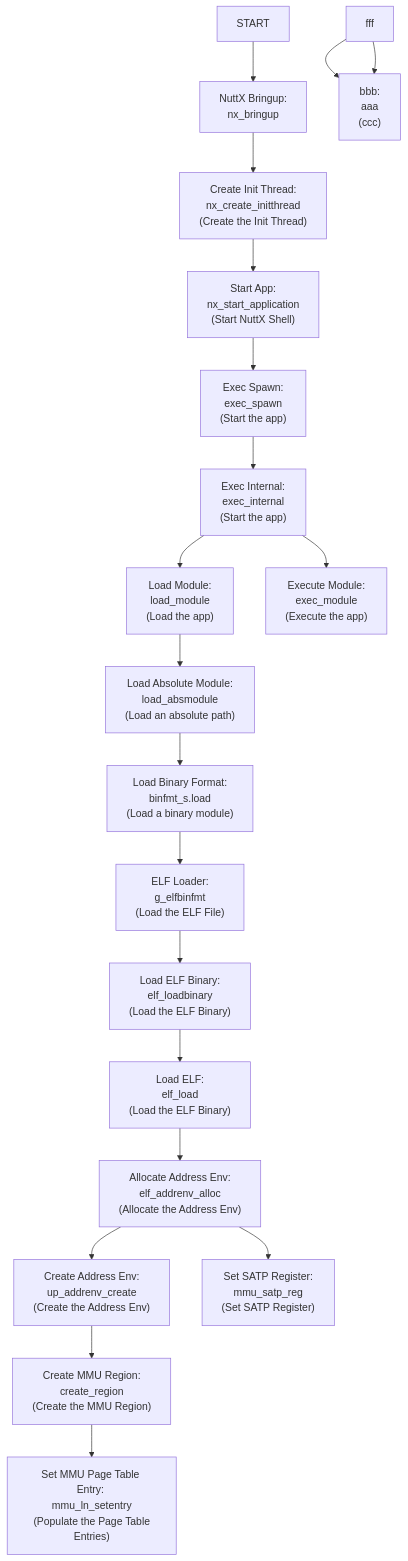
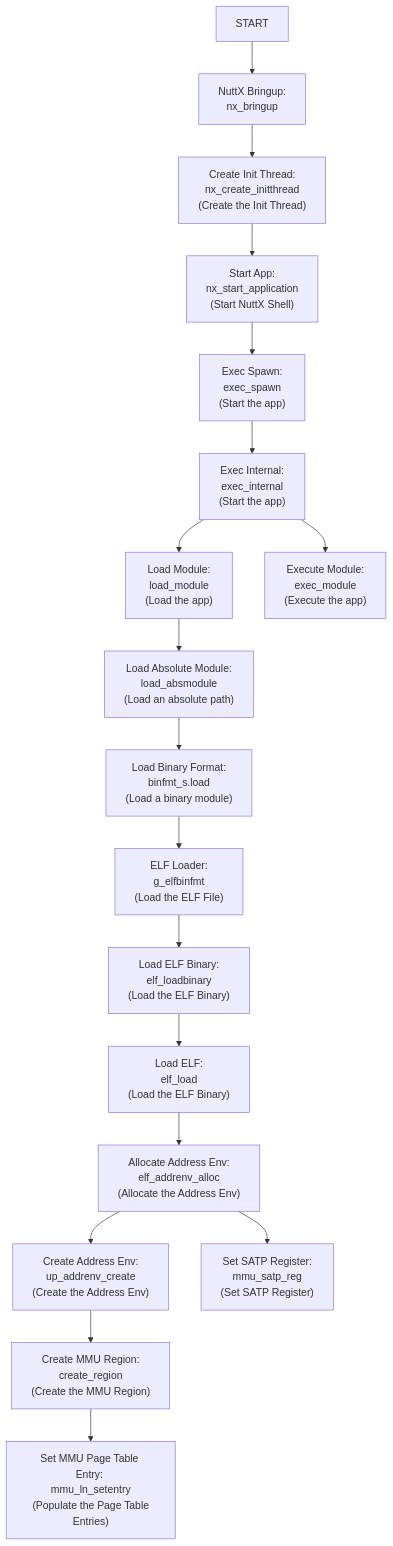
One commit to lupyuen/nuttx-ox64 changed the second of 2 diagrams in README.md. Above: the diagram before and after it, drawn with Mermaid.

````diff
--- a/README.md
+++ b/README.md
@@ -2897,60 +2897,53 @@
 ```mermaid
 flowchart TD
 START --> nx_bringup["NuttX Bringup: \n nx_bringup"]
 click nx_bringup href "https://github.com/apache/nuttx/blob/master/sched/init/nx_bringup.c#L373-L458" "sched/init/nx_bringup.c" _blank
 
 nx_bringup --> nx_create_initthread["Create Init Thread: \n nx_create_initthread \n (Create the Init Thread)"]
-click nx_create_initthread href "https://github.com/apache/nuttx/blob/master/sched/init/nx_bringup.c#L330-L367" "https://github.com/apache/nuttx/blob/master/sched/init/nx_bringup.c#L330-L367" _blank
+click nx_create_initthread href "https://github.com/apache/nuttx/blob/master/sched/init/nx_bringup.c#L330-L367" "sched/init/nx_bringup.c" _blank
 
 nx_create_initthread --> nx_start_application["Start App: \n nx_start_application \n (Start NuttX Shell)"]
-click nx_start_application href "https://github.com/apache/nuttx/blob/master/sched/init/nx_bringup.c#L212C1-L302" "https://github.com/apache/nuttx/blob/master/sched/init/nx_bringup.c#L212C1-L302" _blank
+click nx_start_application href "https://github.com/apache/nuttx/blob/master/sched/init/nx_bringup.c#L212C1-L302" "sched/init/nx_bringup.c" _blank
 
 nx_start_application --> exec_spawn["Exec Spawn: \n exec_spawn \n (Start the app)"]
-click exec_spawn href "https://github.com/apache/nuttx/blob/master/binfmt/binfmt_exec.c#L183-L223" "https://github.com/apache/nuttx/blob/master/binfmt/binfmt_exec.c#L183-L223" _blank
+click exec_spawn href "https://github.com/apache/nuttx/blob/master/binfmt/binfmt_exec.c#L183-L223" "binfmt/binfmt_exec.c" _blank
 
 exec_spawn --> exec_internal["Exec Internal: \n exec_internal \n (Start the app)"]
-click exec_internal href "https://github.com/apache/nuttx/blob/master/binfmt/binfmt_exec.c#L42-L179" "https://github.com/apache/nuttx/blob/master/binfmt/binfmt_exec.c#L42-L179" _blank
+click exec_internal href "https://github.com/apache/nuttx/blob/master/binfmt/binfmt_exec.c#L42-L179" "binfmt/binfmt_exec.c" _blank
 
 exec_internal --> load_module["Load Module: \n load_module \n (Load the app)"]
-click load_module href "https://github.com/apache/nuttx/blob/master/binfmt/binfmt_loadmodule.c#L136-L225" "https://github.com/apache/nuttx/blob/master/binfmt/binfmt_loadmodule.c#L136-L225" _blank
+click load_module href "https://github.com/apache/nuttx/blob/master/binfmt/binfmt_loadmodule.c#L136-L225" "binfmt/binfmt_loadmodule.c" _blank
 
 exec_internal --> exec_module["Execute Module: \n exec_module \n (Execute the app)"]
-click exec_module href "https://github.com/apache/nuttx/blob/master/binfmt/binfmt_execmodule.c#L190-L450" "https://github.com/apache/nuttx/blob/master/binfmt/binfmt_execmodule.c#L190-L450" _blank
+click exec_module href "https://github.com/apache/nuttx/blob/master/binfmt/binfmt_execmodule.c#L190-L450" "binfmt/binfmt_execmodule.c" _blank
 
 load_module --> load_absmodule["Load Absolute Module: \n load_absmodule \n (Load an absolute path)"]
-click load_absmodule href "https://github.com/apache/nuttx/blob/master/binfmt/binfmt_loadmodule.c#L83-L132" "https://github.com/apache/nuttx/blob/master/binfmt/binfmt_loadmodule.c#L83-L132" _blank
+click load_absmodule href "https://github.com/apache/nuttx/blob/master/binfmt/binfmt_loadmodule.c#L83-L132" "binfmt/binfmt_loadmodule.c" _blank
 
 load_absmodule --> binfmt_s.load["Load Binary Format: \n binfmt_s.load \n (Load a binary module)"]
-click binfmt_s.load href "https://github.com/apache/nuttx/blob/master/include/nuttx/binfmt/binfmt.h#L122-L148" "https://github.com/apache/nuttx/blob/master/include/nuttx/binfmt/binfmt.h#L122-L148" _blank
+click binfmt_s.load href "https://github.com/apache/nuttx/blob/master/include/nuttx/binfmt/binfmt.h#L122-L148" "include/nuttx/binfmt/binfmt.h" _blank
 
 binfmt_s.load --> g_elfbinfmt["ELF Loader: \n g_elfbinfmt \n (Load the ELF File)"]
-click g_elfbinfmt href "https://github.com/apache/nuttx/blob/master/binfmt/elf.c#L84-L94" "https://github.com/apache/nuttx/blob/master/binfmt/elf.c#L84-L94" _blank
+click g_elfbinfmt href "https://github.com/apache/nuttx/blob/master/binfmt/elf.c#L84-L94" "binfmt/elf.c" _blank
 
 g_elfbinfmt --> elf_loadbinary["Load ELF Binary: \n elf_loadbinary \n (Load the ELF Binary)"]
-click elf_loadbinary href "https://github.com/apache/nuttx/blob/master/binfmt/elf.c#L225-L355" "https://github.com/apache/nuttx/blob/master/binfmt/elf.c#L225-L355" _blank
+click elf_loadbinary href "https://github.com/apache/nuttx/blob/master/binfmt/elf.c#L225-L355" "binfmt/elf.c" _blank
 
 elf_loadbinary --> elf_load["Load ELF: \n elf_load \n (Load the ELF Binary)"]
-click elf_load href "https://github.com/apache/nuttx/blob/master/binfmt/libelf/libelf_load.c#L297-L445" "https://github.com/apache/nuttx/blob/master/binfmt/libelf/libelf_load.c#L297-L445" _blank
+click elf_load href "https://github.com/apache/nuttx/blob/master/binfmt/libelf/libelf_load.c#L297-L445" "binfmt/libelf/libelf_load.c" _blank
 
 elf_load --> elf_addrenv_alloc["Allocate Address Env: \n elf_addrenv_alloc \n (Allocate the Address Env)"]
-click elf_addrenv_alloc href "https://github.com/apache/nuttx/blob/master/binfmt/libelf/libelf_addrenv.c#L56-L178" "https://github.com/apache/nuttx/blob/master/binfmt/libelf/libelf_addrenv.c#L56-L178" _blank
+click elf_addrenv_alloc href "https://github.com/apache/nuttx/blob/master/binfmt/libelf/libelf_addrenv.c" "binfmt/libelf/libelf_addrenv.c#L56-L178" _blank
 
 elf_addrenv_alloc --> up_addrenv_create["Create Address Env: \n up_addrenv_create \n (Create the Address Env)"]
-click up_addrenv_create href "https://github.com/apache/nuttx/blob/master/arch/risc-v/src/common/riscv_addrenv.c#L339-L490" "https://github.com/apache/nuttx/blob/master/arch/risc-v/src/common/riscv_addrenv.c#L339-L490" _blank
+click up_addrenv_create href "https://github.com/apache/nuttx/blob/master/arch/risc-v/src/common/riscv_addrenv.c" "arch/risc-v/src/common/riscv_addrenv.c#L339-L490" _blank
 
 elf_addrenv_alloc --> mmu_satp_reg["Set SATP Register: \n mmu_satp_reg \n (Set SATP Register)"]
-click mmu_satp_reg href "https://github.com/apache/nuttx/blob/master/arch/risc-v/src/common/riscv_mmu.h#L152-L176" "https://github.com/apache/nuttx/blob/master/arch/risc-v/src/common/riscv_mmu.h#L152-L176" _blank
+click mmu_satp_reg href "https://github.com/apache/nuttx/blob/master/arch/risc-v/src/common/riscv_mmu.h" "arch/risc-v/src/common/riscv_mmu.h#L152-L176" _blank
 
 up_addrenv_create --> create_region["Create MMU Region: \n create_region \n (Create the MMU Region)"]
-click create_region href "https://github.com/apache/nuttx/blob/master/arch/risc-v/src/common/riscv_addrenv.c#L213-L310" "https://github.com/apache/nuttx/blob/master/arch/risc-v/src/common/riscv_addrenv.c#L213-L310" _blank
+click create_region href "https://github.com/apache/nuttx/blob/master/arch/risc-v/src/common/riscv_addrenv.c" "arch/risc-v/src/common/riscv_addrenv.c#L213-L310" _blank
 
 create_region --> mmu_ln_setentry["Set MMU Page Table Entry: \n mmu_ln_setentry \n (Populate the Page Table Entries)"]
-click mmu_ln_setentry href "https://github.com/apache/nuttx/blob/master/arch/risc-v/src/common/riscv_mmu.c#L62-L109" "https://github.com/apache/nuttx/blob/master/arch/risc-v/src/common/riscv_mmu.c#L62-L109" _blank
-
-fff --> aaa["bbb: \n aaa \n (ccc)"]
-click aaa href "ddd" "eee" _blank
-
-fff --> aaa["bbb: \n aaa \n (ccc)"]
-click aaa href "ddd" "eee" _blank
-
+click mmu_ln_setentry href "https://github.com/apache/nuttx/blob/master/arch/risc-v/src/common/riscv_mmu.c" "arch/risc-v/src/common/riscv_mmu.c#L62-L109" _blank
 ```
````
